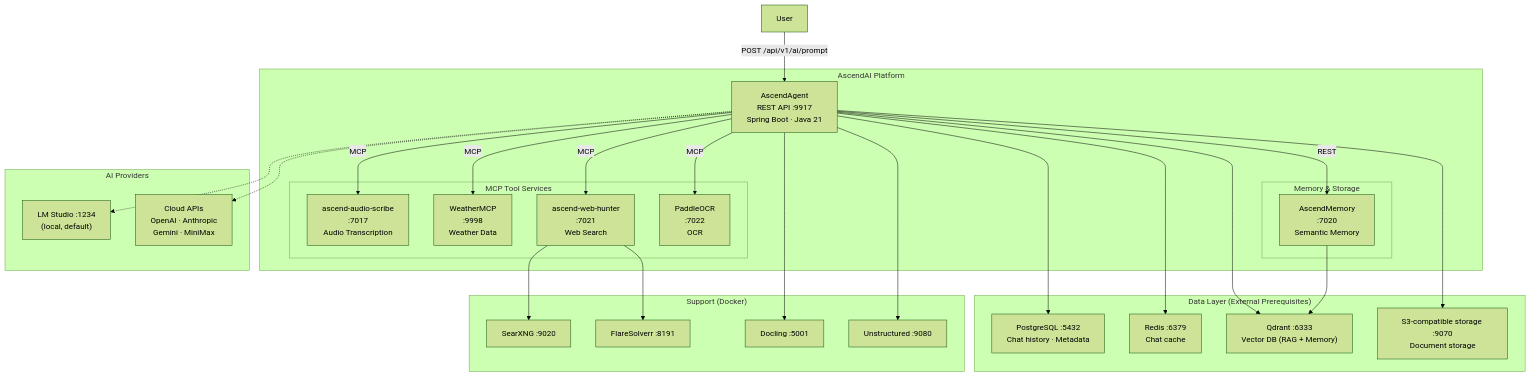
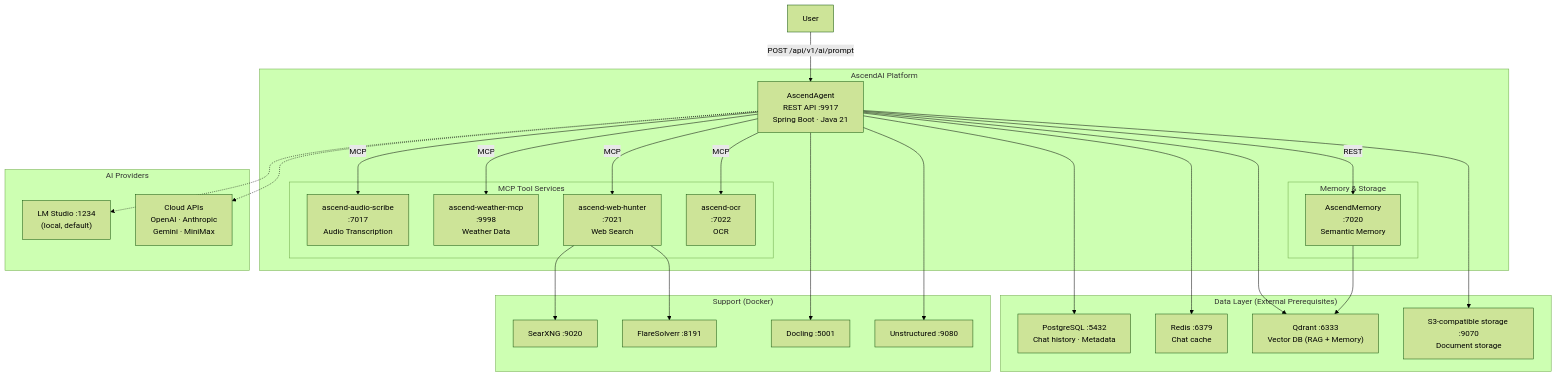
One commit to Lukk17/AscendAI changed the diagram in docs/architecture/diagrams/system-overview.md. Above: the diagram before and after it, drawn with Mermaid (forest theme). The commit also changed 446 other files, not shown here.

````diff
--- a/docs/architecture/diagrams/system-overview.md
+++ b/docs/architecture/diagrams/system-overview.md
@@ -3,60 +3,60 @@
 ```mermaid
 graph TB
     User["User"]
 
     subgraph "AscendAI Platform"
         Agent["AscendAgent<br/>REST API :9917<br/>Spring Boot · Java 21"]
 
         subgraph "MCP Tool Services"
             AudioScribe["ascend-audio-scribe<br/>:7017<br/>Audio Transcription"]
-            Weather["WeatherMCP<br/>:9998<br/>Weather Data"]
+            Weather["ascend-weather-mcp<br/>:9998<br/>Weather Data"]
             WebHunter["ascend-web-hunter<br/>:7021<br/>Web Search"]
-            PaddleOCR["PaddleOCR<br/>:7022<br/>OCR"]
+            PaddleOCR["ascend-ocr<br/>:7022<br/>OCR"]
         end
 
         subgraph "Memory & Storage"
             Memory["AscendMemory<br/>:7020<br/>Semantic Memory"]
         end
     end
 
     subgraph "AI Providers"
         Local["LM Studio :1234<br/>(local, default)"]
         Cloud["Cloud APIs<br/>OpenAI · Anthropic<br/>Gemini · MiniMax"]
     end
 
     subgraph "Data Layer (External Prerequisites)"
         PG["PostgreSQL :5432<br/>Chat history · Metadata"]
         RD["Redis :6379<br/>Chat cache"]
         QD["Qdrant :6333<br/>Vector DB (RAG + Memory)"]
         S3["S3-compatible storage :9070<br/>Document storage"]
     end
 
     subgraph "Support (Docker)"
         SX["SearXNG :9020"]
         FS["FlareSolverr :8191"]
         DL["Docling :5001"]
         UN["Unstructured :9080"]
     end
 
     User -->|"POST /api/v1/ai/prompt"| Agent
 
     Agent -->|"MCP"| AudioScribe
     Agent -->|"MCP"| Weather
     Agent -->|"MCP"| WebHunter
     Agent -->|"MCP"| PaddleOCR
     Agent -->|"REST"| Memory
 
     Agent -.-> Local
     Agent -.-> Cloud
 
     Agent --> PG
     Agent --> RD
     Agent --> QD
     Agent --> S3
     Agent --> DL
     Agent --> UN
 
     WebHunter --> SX
     WebHunter --> FS
     Memory --> QD
 ```
````
